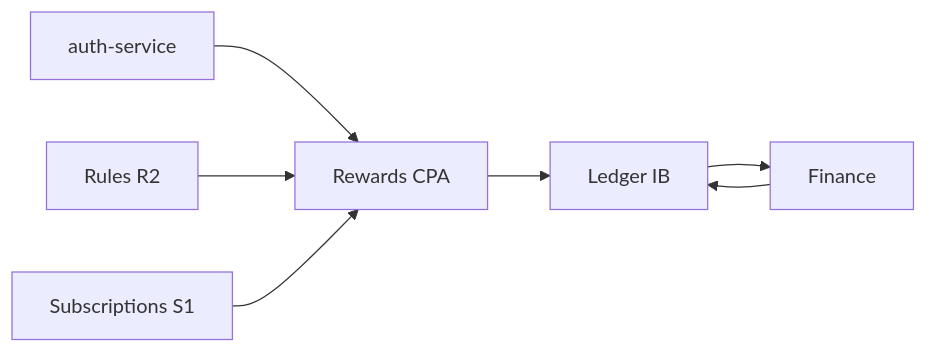
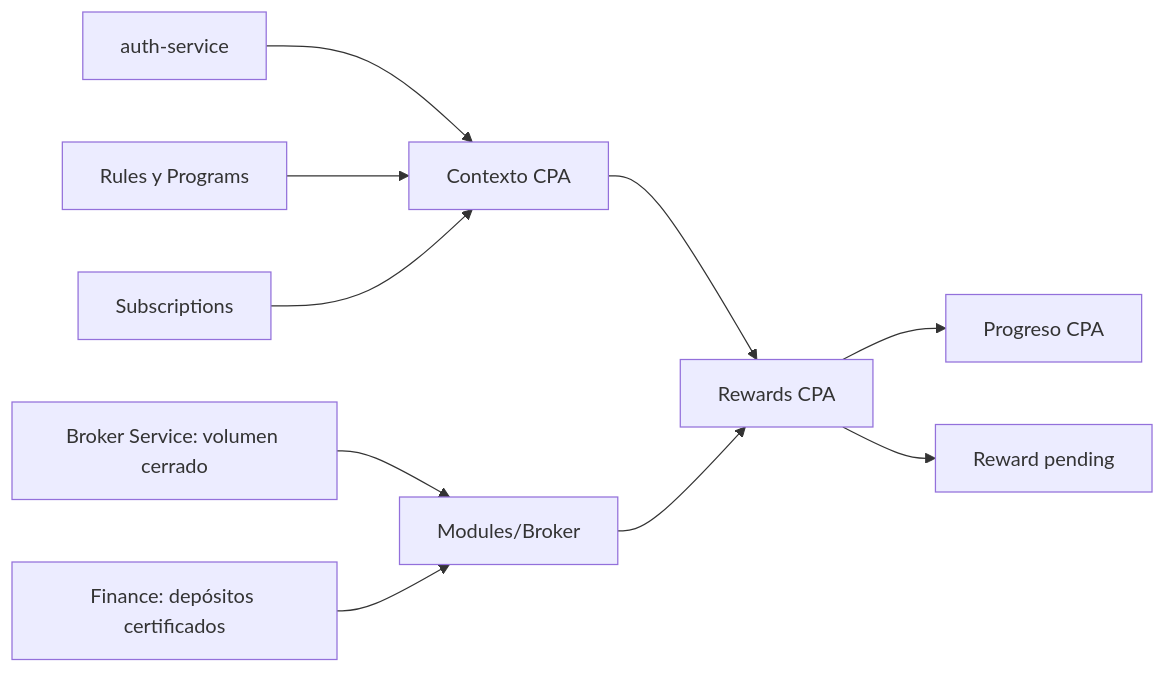
The diagram in docs/roadmap/rewards/README.md (MMTech-Solutions/ib-service), drawn with Mermaid before and after one commit. The commit also changed other lines of this file and 14 other files, not shown here.

Commit message:
docs(rewards): define CPA verification vertical

````diff
--- a/docs/roadmap/rewards/README.md
+++ b/docs/roadmap/rewards/README.md
@@ -21,9 +22,12 @@
 ```mermaid
 flowchart LR
-    Auth[auth-service] --> CPA[Rewards CPA]
-    Rules[Rules R2] --> CPA
-    Subs[Subscriptions S1] --> CPA
-    CPA --> Ledger[Ledger IB]
-    Ledger --> Finance[Finance]
-    Finance --> Ledger
+    Auth[auth-service] --> Contexto[Contexto CPA]
+    Rules[Rules y Programs] --> Contexto
+    Subs[Subscriptions] --> Contexto
+    Broker[Broker Service: volumen cerrado] --> Modules[Modules/Broker]
+    Finance[Finance: depósitos certificados] --> Modules
+    Contexto --> Rewards[Rewards CPA]
+    Modules --> Rewards
+    Rewards --> Progress[Progreso CPA]
+    Rewards --> Ledger[Reward pending]
 ```
````
